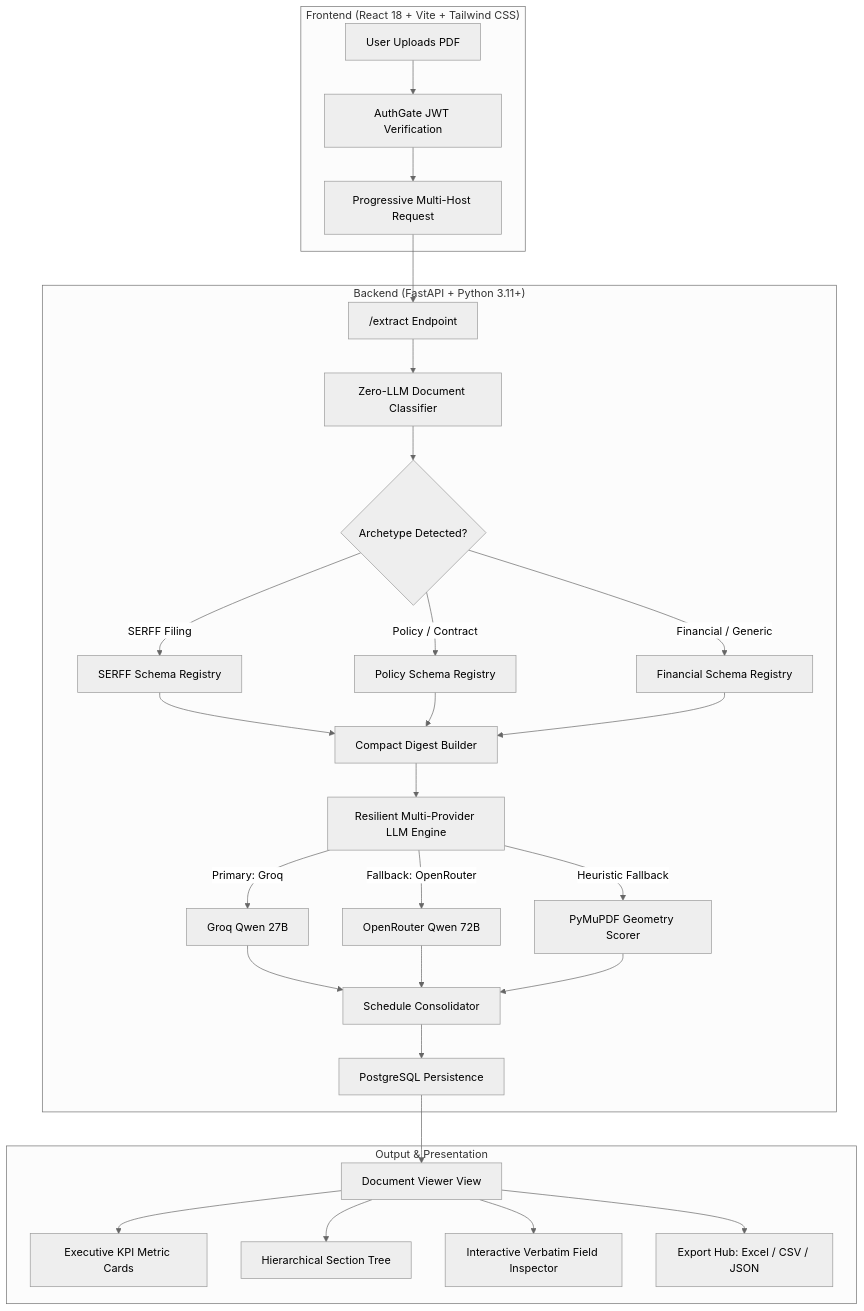
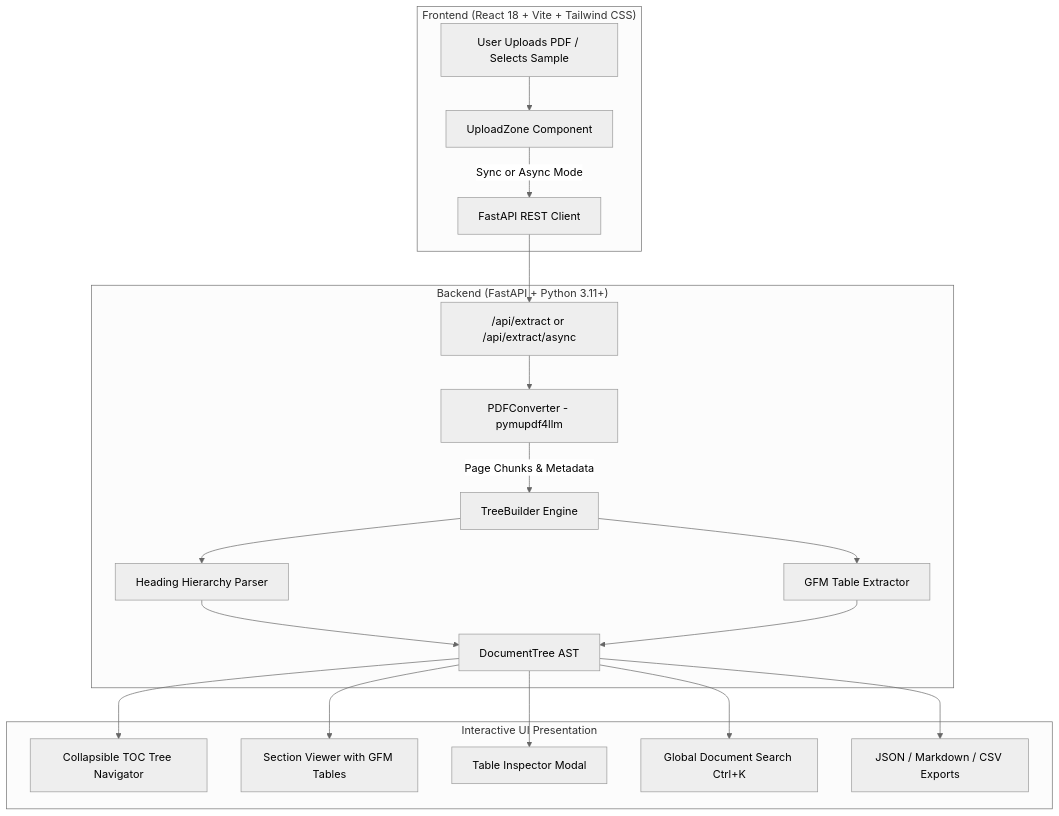
The diagram in README.md (07pavan/-DocExtractor-AI), drawn with Mermaid (neutral theme) before and after one commit. The commit also changed other lines of this file and 59 other files, not shown here.

Commit message:
restructured the project from the scratch using the pymupdf4llm

````diff
--- a/README.md
+++ b/README.md
@@ -19,35 +22,24 @@
 ```mermaid
 flowchart TD
     subgraph Client["Frontend (React 18 + Vite + Tailwind CSS)"]
-        A[User Uploads PDF] --> B[AuthGate JWT Verification]
-        B --> C[Progressive Multi-Host Request]
+        A[User Uploads PDF / Selects Sample] --> B[UploadZone Component]
+        B -->|Sync or Async Mode| C[FastAPI REST Client]
     end
 
     subgraph Backend["Backend (FastAPI + Python 3.11+)"]
-        C --> D["/extract Endpoint"]
-        D --> E[Zero-LLM Document Classifier]
-        
-        E --> F{Archetype Detected?}
-        F -->|SERFF Filing| G1[SERFF Schema Registry]
-        F -->|Policy / Contract| G2[Policy Schema Registry]
-        F -->|Financial / Generic| G3[Financial Schema Registry]
-        
-        G1 & G2 & G3 --> H[Compact Digest Builder]
-        H --> I[Resilient Multi-Provider LLM Engine]
-        
-        I -->|Primary: Groq| J1[Groq Qwen 27B]
-        I -->|Fallback: OpenRouter| J2[OpenRouter Qwen 72B]
-        I -->|Heuristic Fallback| J3[PyMuPDF Geometry Scorer]
-        
-        J1 & J2 & J3 --> K[Schedule Consolidator]
-        K --> L[PostgreSQL Persistence]
+        C --> D["/api/extract or /api/extract/async"]
+        D --> E[PDFConverter - pymupdf4llm]
+        E -->|Page Chunks & Metadata| F[TreeBuilder Engine]
+        F --> G[Heading Hierarchy Parser]
+        F --> H[GFM Table Extractor]
+        G & H --> I[DocumentTree AST]
     end
 
-    subgraph Output["Output & Presentation"]
-        L --> M[Document Viewer View]
-        M --> N1[Executive KPI Metric Cards]
-        M --> N2[Hierarchical Section Tree]
-        M --> N3[Interactive Verbatim Field Inspector]
-        M --> N4[Export Hub: Excel / CSV / JSON]
+    subgraph Presentation["Interactive UI Presentation"]
+        I --> J[Collapsible TOC Tree Navigator]
+        I --> K[Section Viewer with GFM Tables]
+        I --> L[Table Inspector Modal]
+        I --> M[Global Document Search Ctrl+K]
+        I --> N[JSON / Markdown / CSV Exports]
     end
 ```
````
